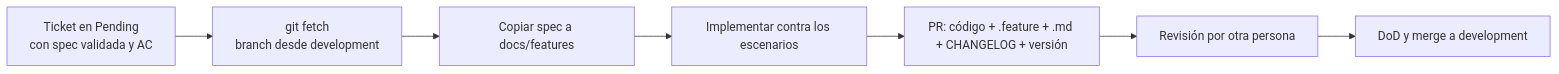
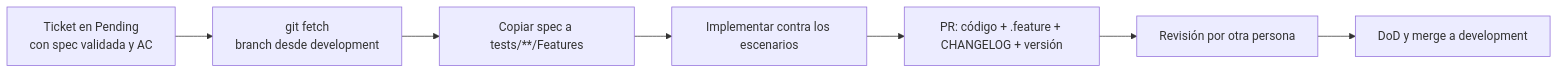
Before and after one commit to scisa-mx/org-guidelines: the diagram in docs/programming/0.1.introduction/01.6.onboarding_path.md, drawn with Mermaid. The commit also changed 24 other files, not shown here.

````diff
--- a/docs/programming/0.1.introduction/01.6.onboarding_path.md
+++ b/docs/programming/0.1.introduction/01.6.onboarding_path.md
@@ -71,9 +71,9 @@
 ```mermaid
 flowchart LR
     A[Ticket en Pending<br/>con spec validada y AC] --> B[git fetch<br/>branch desde development]
-    B --> C[Copiar spec a docs/features]
+    B --> C[Copiar spec a tests/**/Features]
     C --> D[Implementar contra los escenarios]
-    D --> E[PR: código + .feature + .md + CHANGELOG + versión]
+    D --> E[PR: código + .feature + CHANGELOG + versión]
     E --> F[Revisión por otra persona]
     F --> G[DoD y merge a development]
 ```
````
